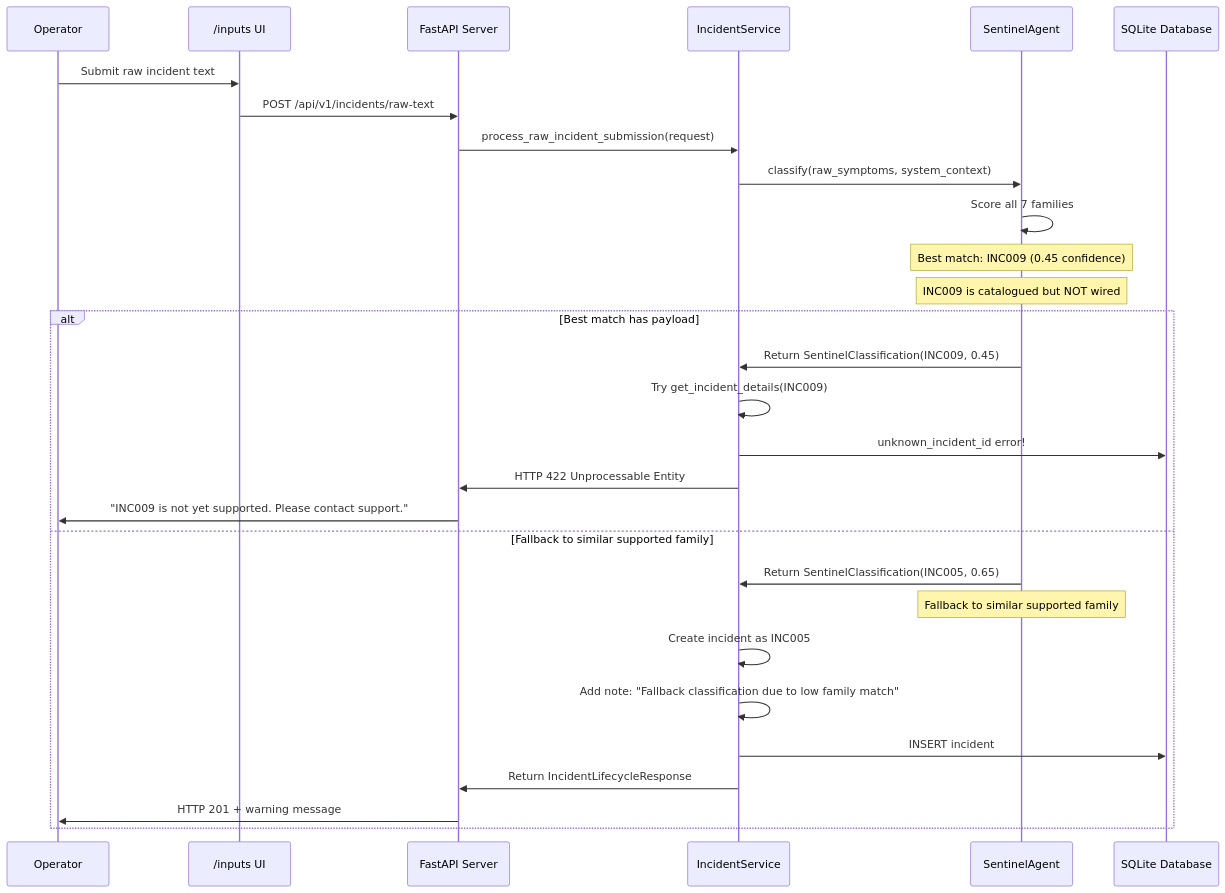
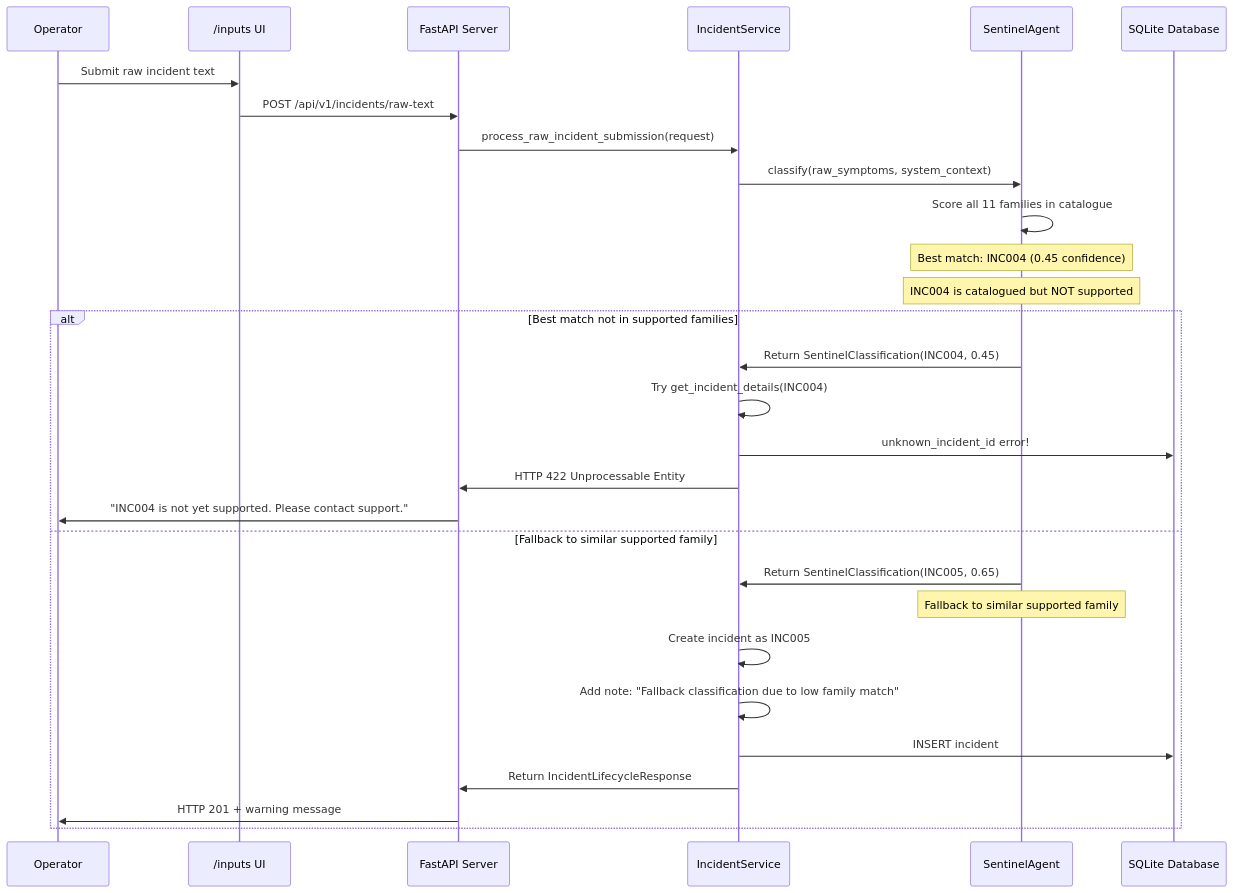
Before and after one commit to kunalkachru/nexus-v2: the fourth of 5 diagrams in docs/architecture/03-data-flow.md, drawn with Mermaid. The commit also changed other lines of this file and 8 other files, not shown here.

````diff
--- a/docs/architecture/03-data-flow.md
+++ b/docs/architecture/03-data-flow.md
@@ -200,35 +200,35 @@
 ```mermaid
 sequenceDiagram
     participant Op as Operator
     participant UI as /inputs UI
     participant API as FastAPI Server
     participant INC as IncidentService
     participant SENT as SentinelAgent
     participant DB as SQLite Database
     
     Op->>UI: Submit raw incident text
     UI->>API: POST /api/v1/incidents/raw-text
     
     API->>INC: process_raw_incident_submission(request)
     
     INC->>SENT: classify(raw_symptoms, system_context)
-    SENT->>SENT: Score all 7 families
-    Note over SENT: Best match: INC009 (0.45 confidence)
-    Note over SENT: INC009 is catalogued but NOT wired
+    SENT->>SENT: Score all 11 families in catalogue
+    Note over SENT: Best match: INC004 (0.45 confidence)
+    Note over SENT: INC004 is catalogued but NOT supported
     
-    alt Best match has payload
-        SENT->>INC: Return SentinelClassification(INC009, 0.45)
-        INC->>INC: Try get_incident_details(INC009)
+    alt Best match not in supported families
+        SENT->>INC: Return SentinelClassification(INC004, 0.45)
+        INC->>INC: Try get_incident_details(INC004)
         INC->>DB: unknown_incident_id error!
         INC->>API: HTTP 422 Unprocessable Entity
-        API->>Op: "INC009 is not yet supported. Please contact support."
+        API->>Op: "INC004 is not yet supported. Please contact support."
     else Fallback to similar supported family
         SENT->>INC: Return SentinelClassification(INC005, 0.65)
         Note over SENT: Fallback to similar supported family
         INC->>INC: Create incident as INC005
         INC->>INC: Add note: "Fallback classification due to low family match"
         INC->>DB: INSERT incident
         INC->>API: Return IncidentLifecycleResponse
         API->>Op: HTTP 201 + warning message
     end
 ```
````
